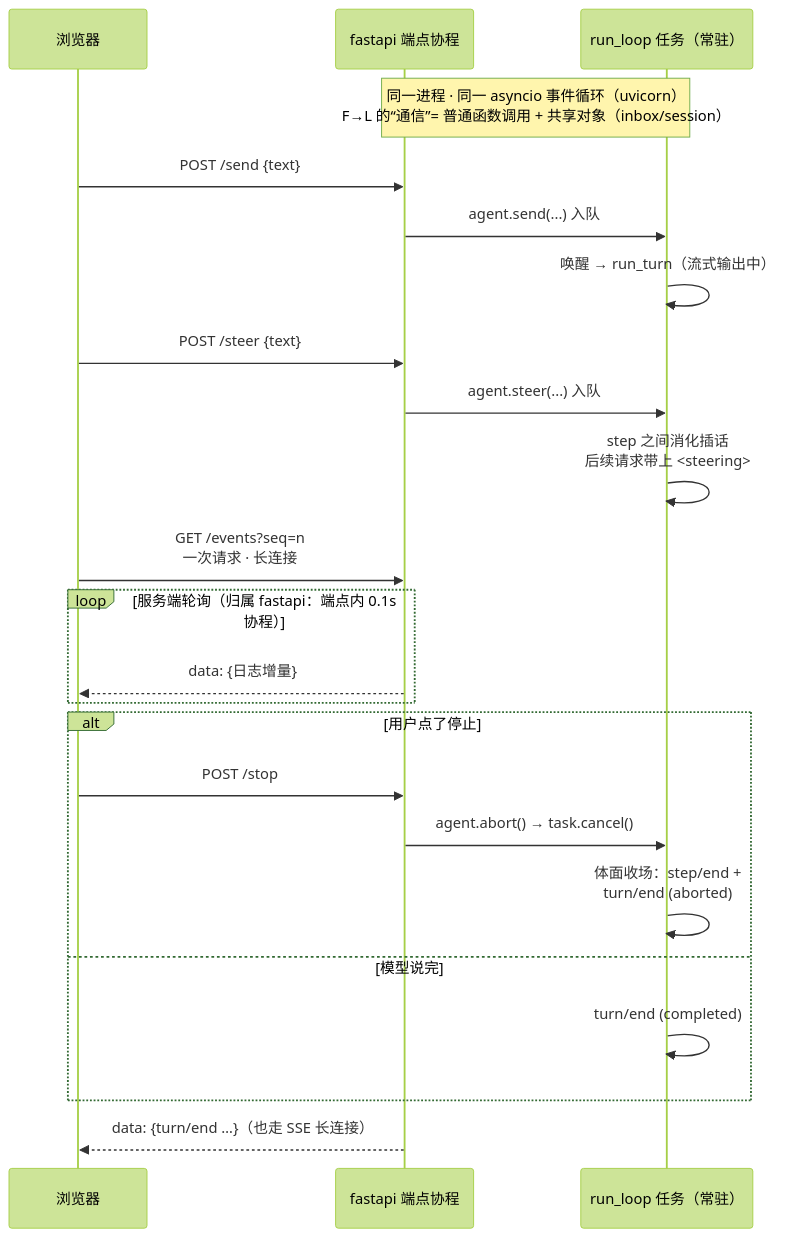
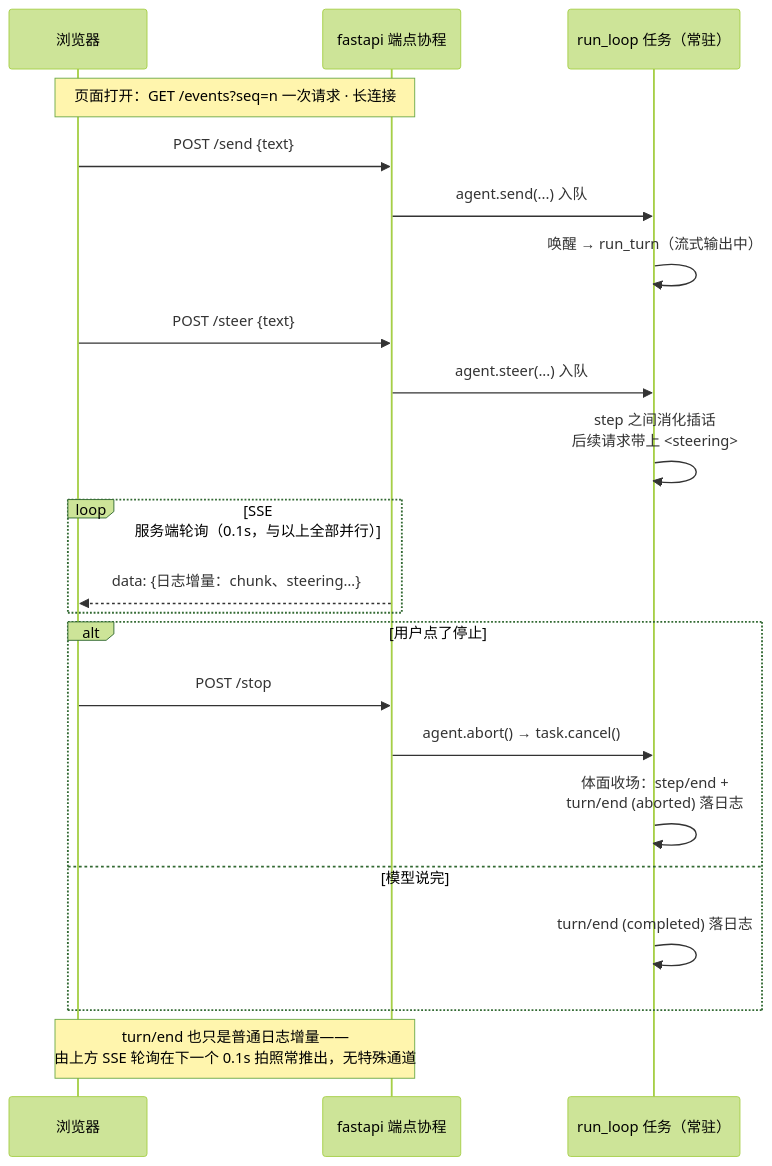
Before and after one commit to jesongit/learn-dsh: the diagram in notes/M2/04-事件日志的脸面Web-UI.md, drawn with Mermaid (forest theme).

Commit message:
docs(M2-04): 时序图纠错——turn/end 无特殊通道，与一切事件同样经日志增量推出；补同进程事实注记

````diff
--- a/notes/M2/04-事件日志的脸面Web-UI.md
+++ b/notes/M2/04-事件日志的脸面Web-UI.md
@@ -34,26 +34,25 @@
 ```mermaid
 %%{init: {"fontFamily": "Microsoft YaHei"}}%%
 sequenceDiagram
     participant B as 浏览器
     participant F as fastapi 端点协程
     participant L as run_loop 任务（常驻）
-    Note over F,L: 同一进程 · 同一 asyncio 事件循环（uvicorn）<br/>F→L 的“通信”= 普通函数调用 + 共享对象（inbox/session）
+    Note over B,F: 页面打开：GET /events?seq=n 一次请求 · 长连接
     B->>F: POST /send {text}
     F->>L: agent.send(...) 入队
     L->>L: 唤醒 → run_turn（流式输出中）
     B->>F: POST /steer {text}
     F->>L: agent.steer(...) 入队
     L->>L: step 之间消化插话<br/>后续请求带上 <steering>
-    B->>F: GET /events?seq=n<br/>一次请求 · 长连接
-    loop 服务端轮询（归属 fastapi：端点内 0.1s 协程）
-        F-->>B: data: {日志增量}
+    loop SSE 服务端轮询（0.1s，与以上全部并行）
+        F-->>B: data: {日志增量：chunk、steering…}
     end
     alt 用户点了停止
         B->>F: POST /stop
         F->>L: agent.abort() → task.cancel()
-        L->>L: 体面收场：step/end +<br/>turn/end (aborted)
+        L->>L: 体面收场：step/end +<br/>turn/end (aborted) 落日志
     else 模型说完
-        L->>L: turn/end (completed)
+        L->>L: turn/end (completed) 落日志
     end
-    F-->>B: data: {turn/end …}（也走 SSE 长连接）
+    Note over F,B: turn/end 也只是普通日志增量——<br/>由上方 SSE 轮询在下一个 0.1s 拍照常推出，无特殊通道
 ```
````
